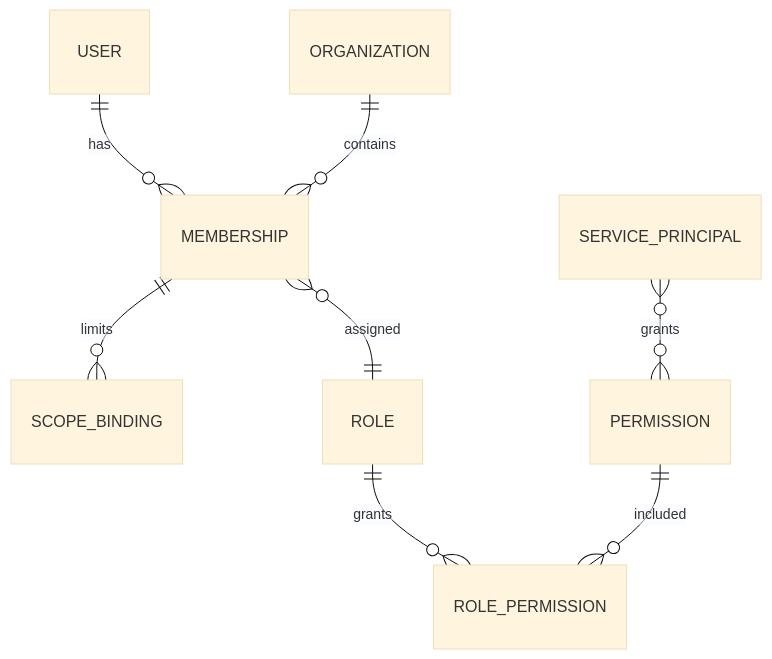
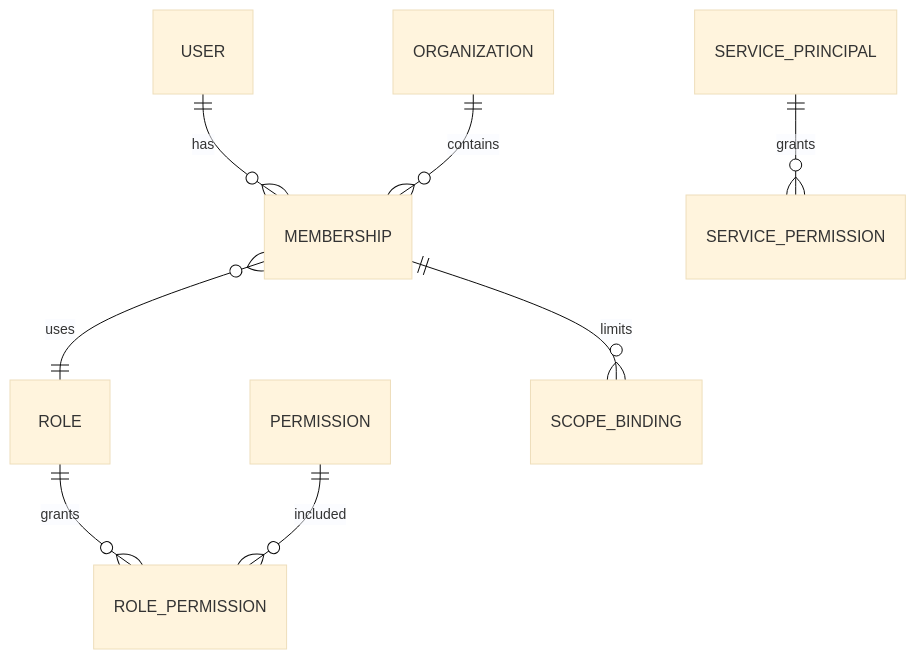
Before and after one commit to D-engahmed/OMILINKS: the first of 3 diagrams in docs/domain/identity.md, drawn with Mermaid (base theme). The commit also changed other lines of this file and 3 other files, not shown here.

````diff
--- a/docs/domain/identity.md
+++ b/docs/domain/identity.md
@@ -33,10 +9,10 @@
-```mermaid
+~~~mermaid
 erDiagram
-USER ||--o{ MEMBERSHIP : has
-ORGANIZATION ||--o{ MEMBERSHIP : contains
-MEMBERSHIP ||--o{ SCOPE_BINDING : limits
-ROLE ||--o{ ROLE_PERMISSION : grants
-PERMISSION ||--o{ ROLE_PERMISSION : included
-MEMBERSHIP }o--|| ROLE : assigned
-SERVICE_PRINCIPAL }o--o{ PERMISSION : grants
-```
+    USER ||--o{ MEMBERSHIP : has
+    ORGANIZATION ||--o{ MEMBERSHIP : contains
+    MEMBERSHIP }o--|| ROLE : uses
+    ROLE ||--o{ ROLE_PERMISSION : grants
+    PERMISSION ||--o{ ROLE_PERMISSION : included
+    MEMBERSHIP ||--o{ SCOPE_BINDING : limits
+    SERVICE_PRINCIPAL ||--o{ SERVICE_PERMISSION : grants
+~~~
````
